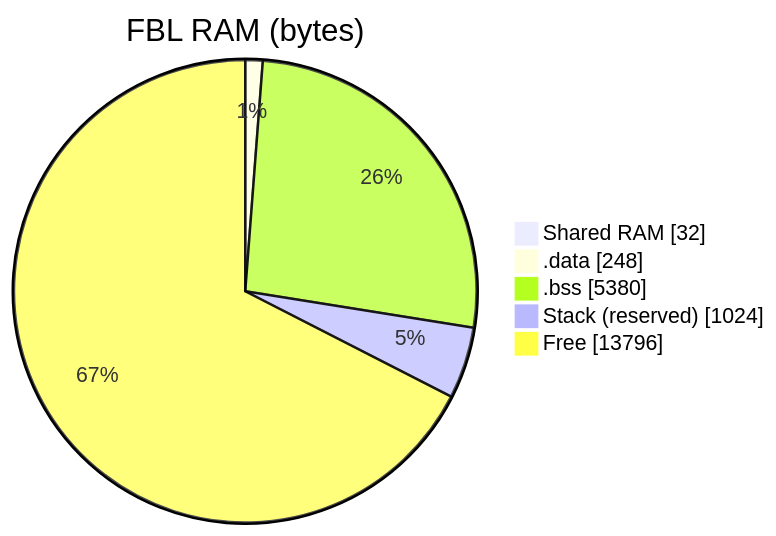
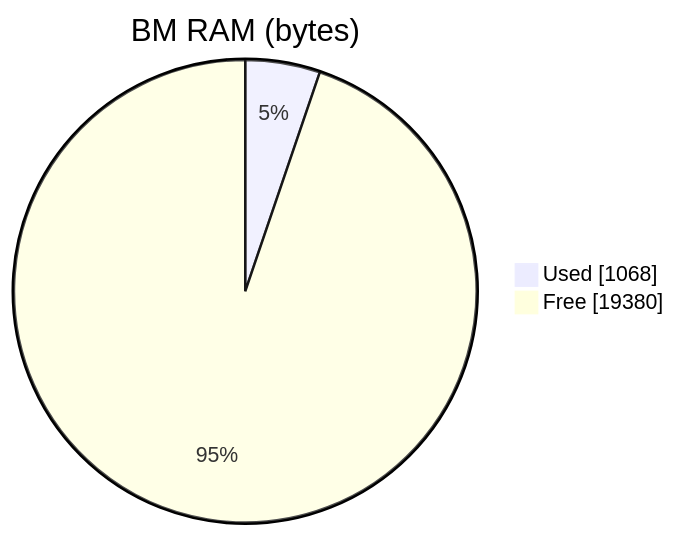
One commit to Marks100/HUB changed the sixth of 6 diagrams in README.md. Above: the diagram before and after it, drawn with Mermaid. The commit also changed other lines of this file and 11 other files, not shown here.

````diff
--- a/README.md
+++ b/README.md
@@ -72,8 +71,5 @@
 ```mermaid
-pie showData title FBL RAM (bytes)
-    "Shared RAM" : 32
-    ".data" : 248
-    ".bss" : 5380
-    "Stack (reserved)" : 1024
-    "Free" : 13796
+pie showData title BM RAM (bytes)
+    "Used" : 1068
+    "Free" : 19380
 ```
````
